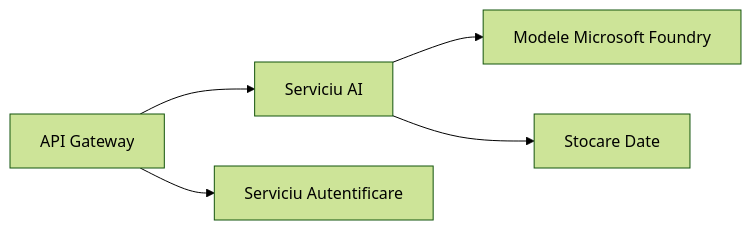
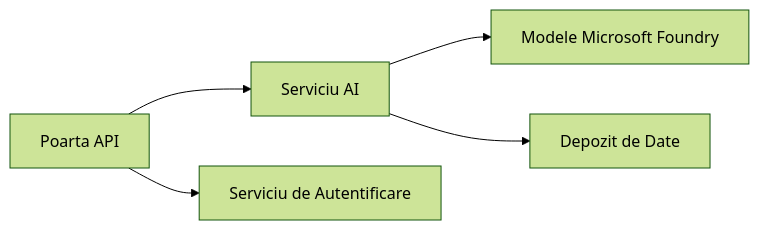
The first of 2 diagrams in translations/ro/docs/chapter-08-production/README.md (microsoft/AZD-for-beginners), drawn with Mermaid (forest theme) before and after one commit. The commit also changed other lines of this file and 59 other files, not shown here.

````diff
--- a/translations/ro/docs/chapter-08-production/README.md
+++ b/translations/ro/docs/chapter-08-production/README.md
@@ -48,6 +48,6 @@
 ```mermaid
 graph LR
-    Gateway[API Gateway] --> AI[Serviciu AI] --> Models[Modele Microsoft Foundry]
-    Gateway --> Auth[Serviciu Autentificare]
-    AI --> Data[Stocare Date]
+    Gateway[Poarta API] --> AI[Serviciu AI] --> Models[Modele Microsoft Foundry]
+    Gateway --> Auth[Serviciu de Autentificare]
+    AI --> Data[Depozit de Date]
 ```
````
